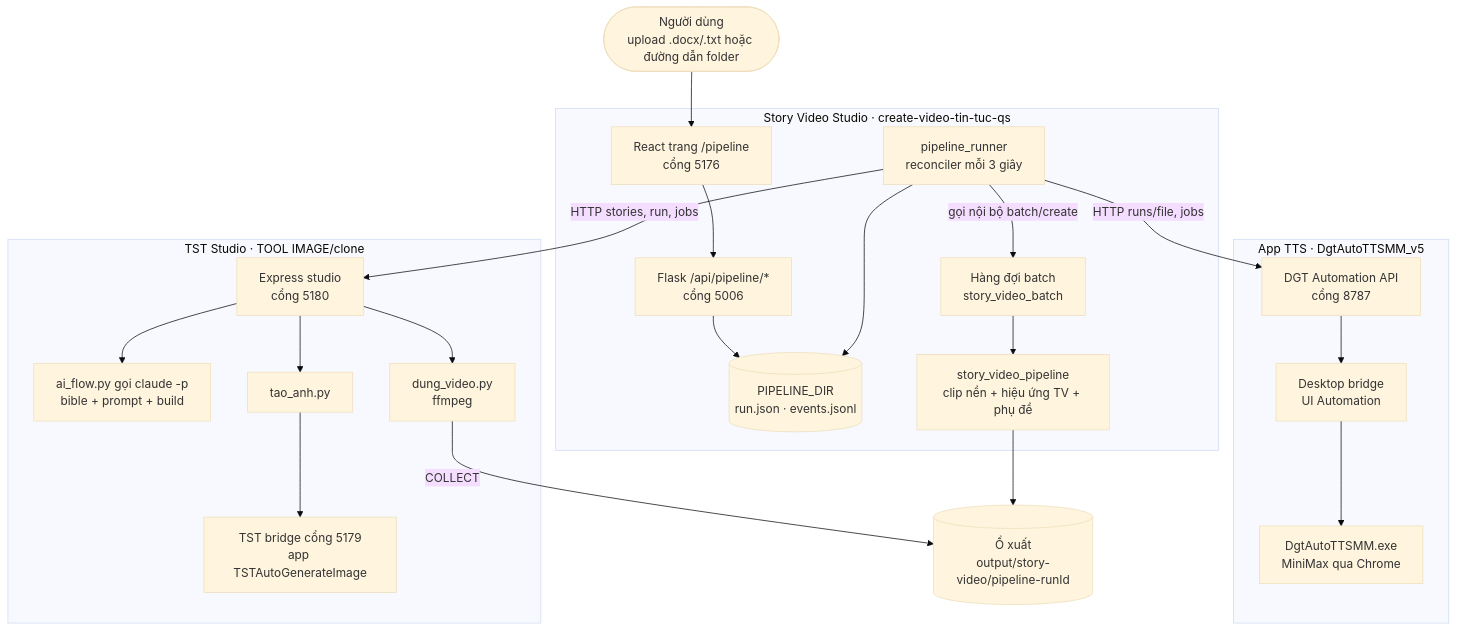
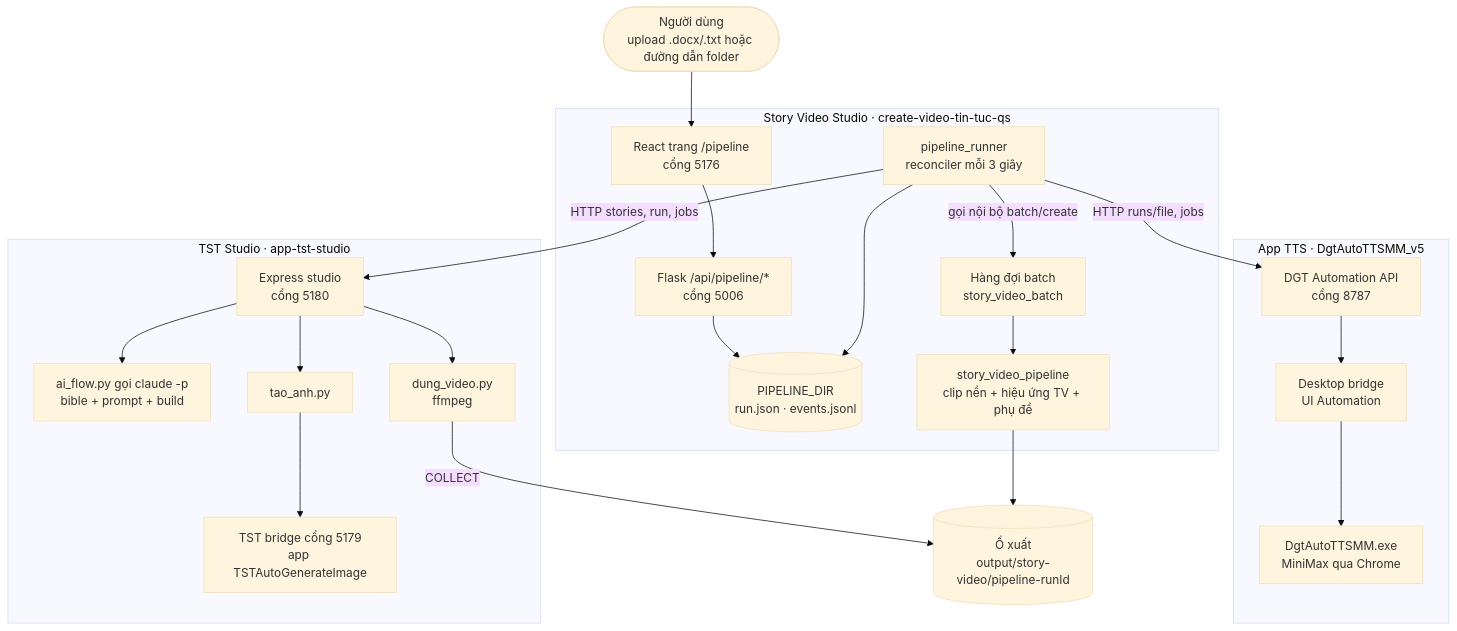
Before and after one commit to DungMike/create-video-tin-tuc-qs: the first of 5 diagrams in docs/integration/00-tong-quan-kien-truc.md, drawn with Mermaid (base theme). The commit also changed other lines of this file and 40 other files, not shown here.

````diff
--- a/docs/integration/00-tong-quan-kien-truc.md
+++ b/docs/integration/00-tong-quan-kien-truc.md
@@ -54,40 +54,40 @@
 ```mermaid
 flowchart TB
   user(["Người dùng<br/>upload .docx/.txt hoặc đường dẫn folder"])
 
   subgraph SVS["Story Video Studio · create-video-tin-tuc-qs"]
     ui["React trang /pipeline<br/>cổng 5176"]
     api["Flask /api/pipeline/*<br/>cổng 5006"]
     runner["pipeline_runner<br/>reconciler mỗi 3 giây"]
     store[("PIPELINE_DIR<br/>run.json · events.jsonl")]
     svbatch["Hàng đợi batch<br/>story_video_batch"]
     svpipe["story_video_pipeline<br/>clip nền + hiệu ứng TV + phụ đề"]
   end
 
   subgraph DGT["App TTS · DgtAutoTTSMM_v5"]
     dgtapi["DGT Automation API<br/>cổng 8787"]
     bridge["Desktop bridge<br/>UI Automation"]
     exe["DgtAutoTTSMM.exe<br/>MiniMax qua Chrome"]
   end
 
-  subgraph TST["TST Studio · TOOL IMAGE/clone"]
+  subgraph TST["TST Studio · app-tst-studio"]
     studio["Express studio<br/>cổng 5180"]
     aiflow["ai_flow.py gọi claude -p<br/>bible + prompt + build"]
     taoanh["tao_anh.py"]
     dung["dung_video.py<br/>ffmpeg"]
     tstb["TST bridge cổng 5179<br/>app TSTAutoGenerateImage"]
   end
 
   out[("Ổ xuất<br/>output/story-video/pipeline-runId")]
 
   user --> ui --> api
   api --> store
   runner --> store
   runner -- "HTTP runs/file, jobs" --> dgtapi --> bridge --> exe
   runner -- "HTTP stories, run, jobs" --> studio
   studio --> aiflow
   studio --> taoanh --> tstb
   studio --> dung
   runner -- "gọi nội bộ batch/create" --> svbatch --> svpipe --> out
   dung -- "COLLECT" --> out
 ```
````
